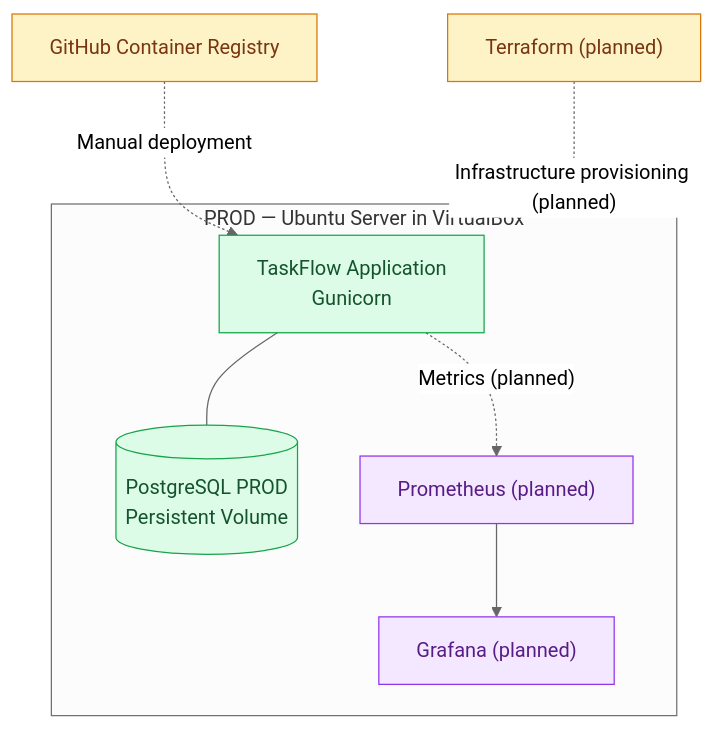
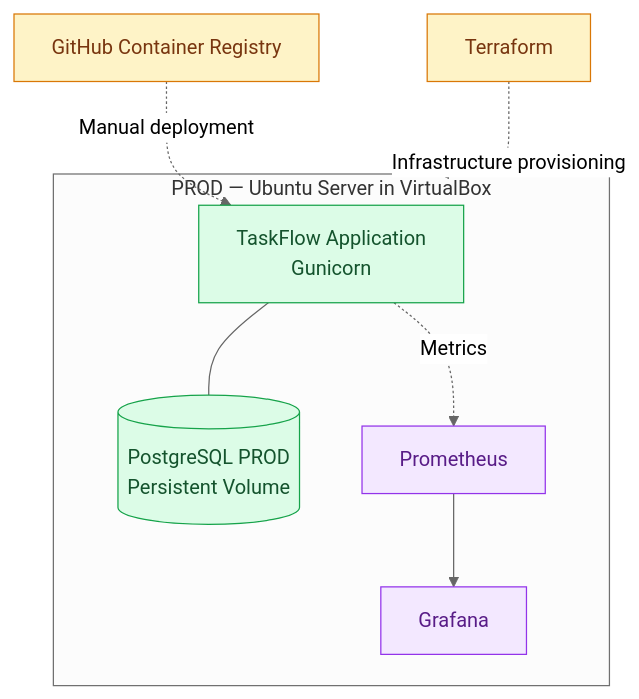
One commit to OlaWysiecka/taskflow-devops changed the second of 2 diagrams in README.md. Above: the diagram before and after it, drawn with Mermaid (neutral theme). The commit also changed other lines of this file, not shown here.

````diff
--- a/README.md
+++ b/README.md
@@ -95,28 +107,28 @@
 ```mermaid
 flowchart TB
     GHCR["GitHub Container Registry"]
 
     subgraph PROD["PROD — Ubuntu Server in VirtualBox"]
         APP["TaskFlow Application<br/>Gunicorn"]
         DB[("PostgreSQL PROD<br/>Persistent Volume")]
-        PROM["Prometheus (planned)"]
-        GRAF["Grafana (planned)"]
+        PROM["Prometheus"]
+        GRAF["Grafana"]
 
         APP --- DB
-        APP -. "Metrics (planned)" .-> PROM
+        APP -. "Metrics" .-> PROM
         PROM --> GRAF
     end
 
-    TF["Terraform (planned)"]
+    TF["Terraform"]
 
     GHCR -. "Manual deployment" .-> APP
-    TF -. "Infrastructure provisioning (planned)" .-> PROD
+    TF -. "Infrastructure provisioning" .-> PROD
 
     classDef registry fill:#fef3c7,stroke:#d97706,color:#78350f
     classDef prod fill:#dcfce7,stroke:#16a34a,color:#14532d
     classDef monitor fill:#f3e8ff,stroke:#9333ea,color:#581c87
 
     class GHCR,TF registry
     class APP,DB prod
     class PROM,GRAF monitor
 ```
````
